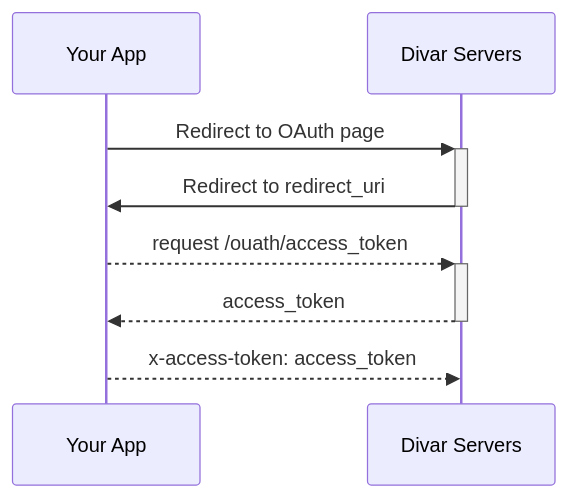
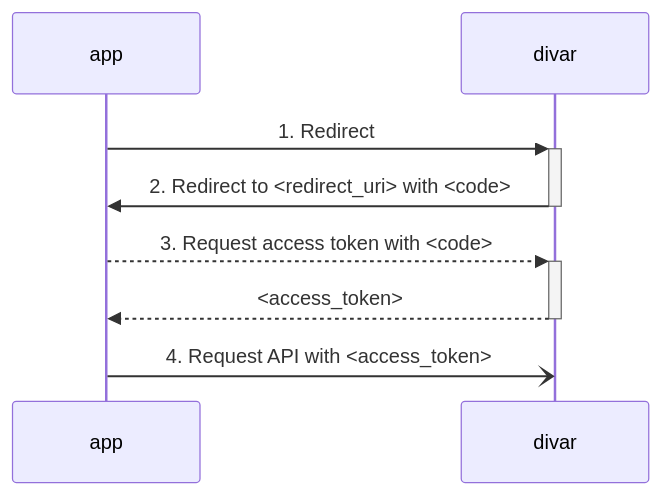
One commit to divar-ir/kenar-docs changed the diagram in oauth/ReadMe.md. Above: the diagram before and after it, drawn with Mermaid. The commit also changed other lines of this file, not shown here.

First line of the commit message:
Polish oauth (#15)

````diff
--- a/oauth/ReadMe.md
+++ b/oauth/ReadMe.md
@@ -165,15 +16,8 @@
 ```mermaid
 sequenceDiagram
-    participant App as Your App
-    participant Divar as Divar Servers
-    App->>+Divar: Redirect to OAuth page
-    Divar->>-App: Redirect to redirect_uri
-    
-    App-->>+Divar: request /ouath/access_token    
-
-    Divar-->>-App: access_token
-    
-    App-->>Divar: x-access-token: access_token
-
-    activate Divar;
+  app->>+divar: 1. Redirect
+  divar->>-app: 2. Redirect to <redirect_uri> with <code>
+  app-->>+divar: 3. Request access token with <code>
+  divar-->>-app: <access_token>
+  app-)divar: 4. Request API with <access_token>
 ```
````
